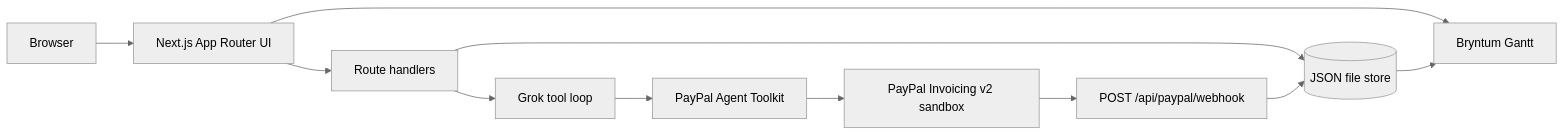
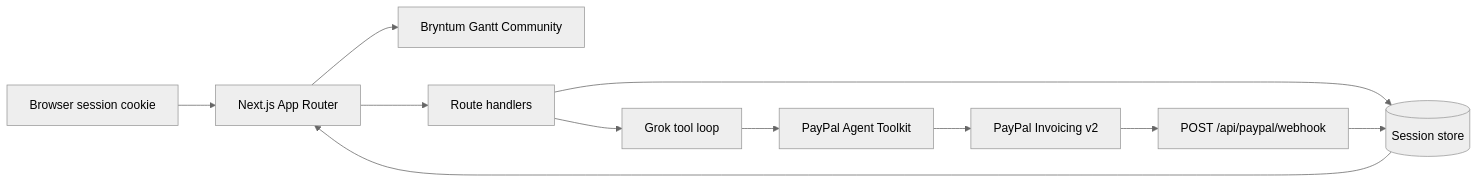
Before and after one commit to AL-ZiLLA/zilla-milestones: the diagram in README.md, drawn with Mermaid (neutral theme). The commit also changed other lines of this file and 44 other files, not shown here.

First line of the commit message:
Make Zilla Milestones demo-ready for the PayPal hackathon.

````diff
--- a/README.md
+++ b/README.md
@@ -65,13 +49,13 @@
 ```mermaid
 flowchart LR
-  user[Browser] --> ui[Next.js App Router UI]
-  ui --> gantt[Bryntum Gantt]
+  user[Browser session cookie] --> ui[Next.js App Router]
+  ui --> gantt[Bryntum Gantt Community]
   ui --> api[Route handlers]
-  api --> store[(JSON file store)]
+  api --> store[(Session store)]
   api --> agent[Grok tool loop]
   agent --> toolkit[PayPal Agent Toolkit]
-  toolkit --> paypal[PayPal Invoicing v2 sandbox]
+  toolkit --> paypal[PayPal Invoicing v2]
   paypal --> hook[POST /api/paypal/webhook]
   hook --> store
-  store --> gantt
+  store --> ui
 ```
````
